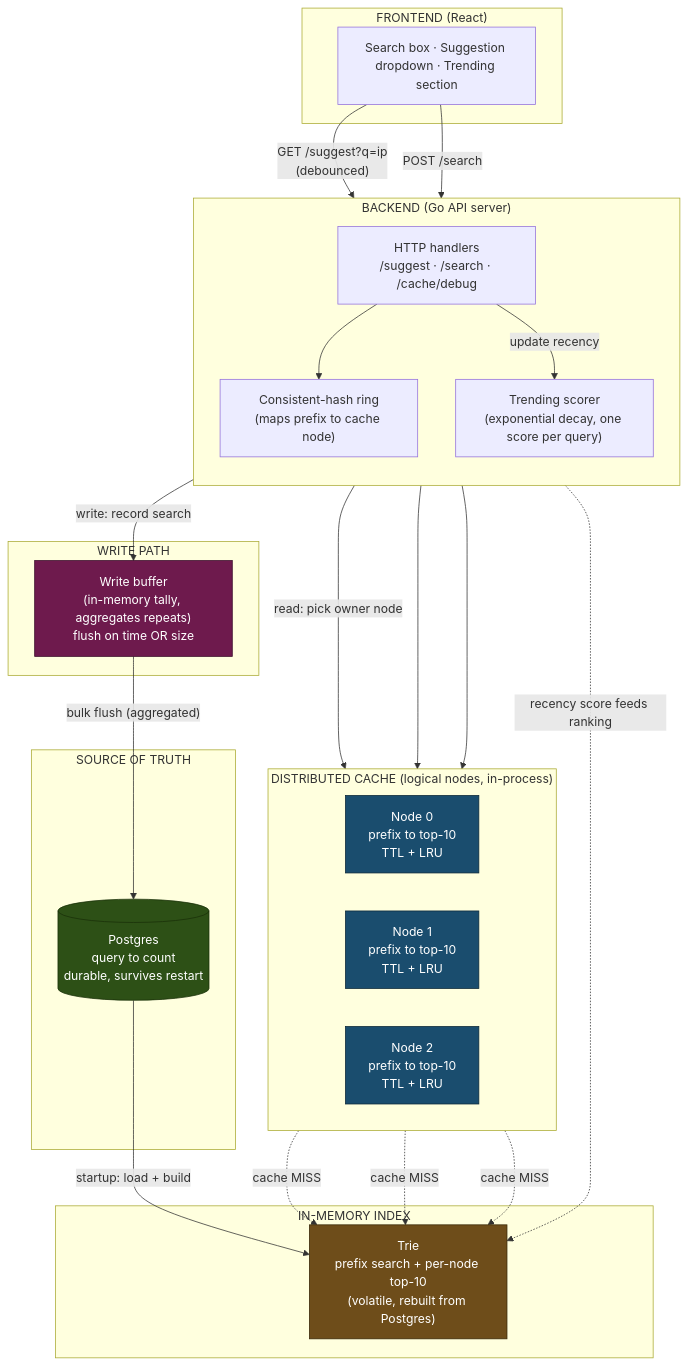
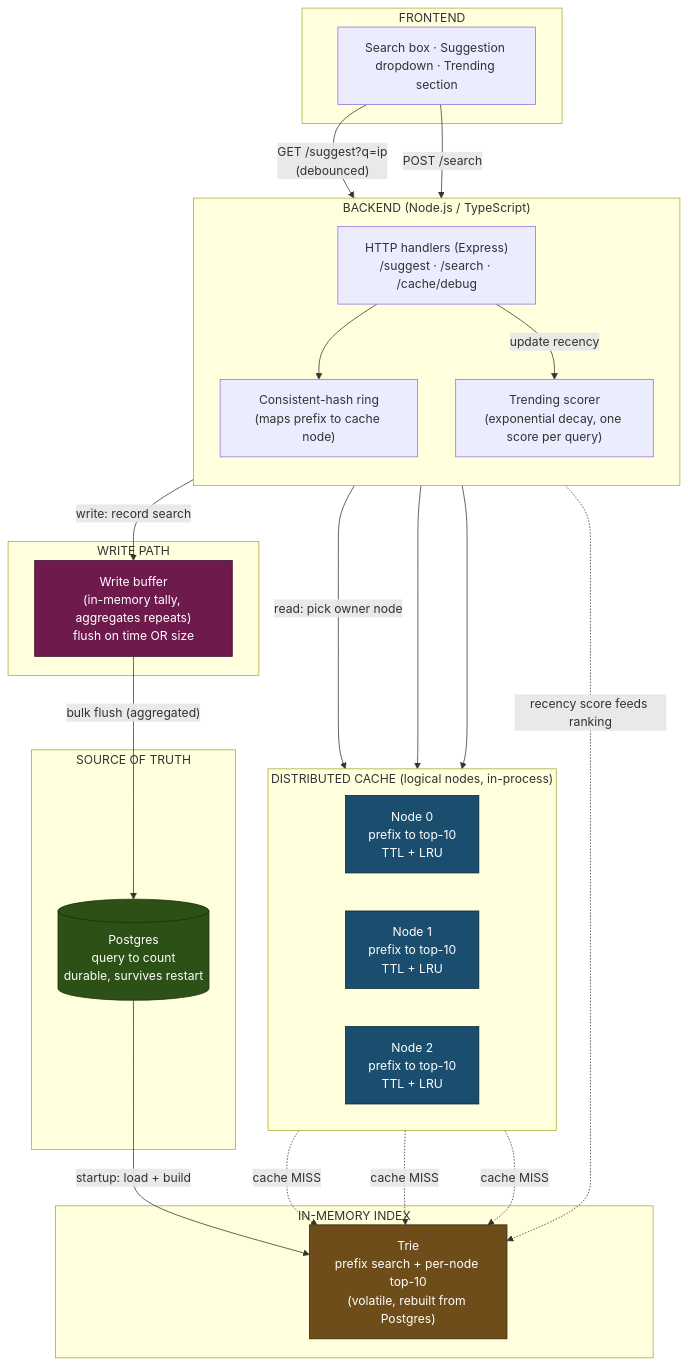
The diagram in README.md (Adhyayan2107/Type-Ahead-System), drawn with Mermaid before and after one commit. The commit also changed other lines of this file, not shown here.

Commit message:
Add video walkthrough link and update README for TypeScript

````diff
--- a/README.md
+++ b/README.md
@@ -24,60 +28,60 @@
 ```mermaid
 graph TB
-    subgraph Client["FRONTEND (React)"]
+    subgraph Client["FRONTEND"]
         UI["Search box · Suggestion dropdown · Trending section"]
     end
 
-    subgraph Server["BACKEND (Go API server)"]
+    subgraph Server["BACKEND (Node.js / TypeScript)"]
         direction TB
-        H["HTTP handlers<br/>/suggest · /search · /cache/debug"]
+        H["HTTP handlers (Express)<br/>/suggest · /search · /cache/debug"]
         RING["Consistent-hash ring<br/>(maps prefix to cache node)"]
         TREND["Trending scorer<br/>(exponential decay, one score per query)"]
         H --> RING
     end
 
     subgraph CacheLayer["DISTRIBUTED CACHE (logical nodes, in-process)"]
         direction LR
         N0["Node 0<br/>prefix to top-10<br/>TTL + LRU"]
         N1["Node 1<br/>prefix to top-10<br/>TTL + LRU"]
         N2["Node 2<br/>prefix to top-10<br/>TTL + LRU"]
     end
 
     subgraph Serving["IN-MEMORY INDEX"]
         TRIE["Trie<br/>prefix search + per-node top-10<br/>(volatile, rebuilt from Postgres)"]
     end
 
     subgraph WriteSide["WRITE PATH"]
         BUF["Write buffer<br/>(in-memory tally, aggregates repeats)<br/>flush on time OR size"]
     end
 
     subgraph Truth["SOURCE OF TRUTH"]
         PG[("Postgres<br/>query to count<br/>durable, survives restart")]
     end
 
     UI -->|"GET /suggest?q=ip<br/>(debounced)"| H
     UI -->|"POST /search"| H
 
     RING -->|"read: pick owner node"| N0
     RING --> N1
     RING --> N2
 
     N0 -.->|"cache MISS"| TRIE
     N1 -.->|"cache MISS"| TRIE
     N2 -.->|"cache MISS"| TRIE
 
     TREND -.->|"recency score feeds ranking"| TRIE
 
     H -->|"write: record search"| BUF
     H -->|"update recency"| TREND
     BUF -->|"bulk flush (aggregated)"| PG
     PG -->|"startup: load + build"| TRIE
 
     classDef truth fill:#2d5016,stroke:#1a3009,color:#fff
     classDef cache fill:#1a4d6e,stroke:#0d2838,color:#fff
     classDef serving fill:#6e4d1a,stroke:#382809,color:#fff
     classDef write fill:#6e1a4d,stroke:#380928,color:#fff
     class PG truth
     class N0,N1,N2 cache
     class TRIE serving
     class BUF write
 ```
````
